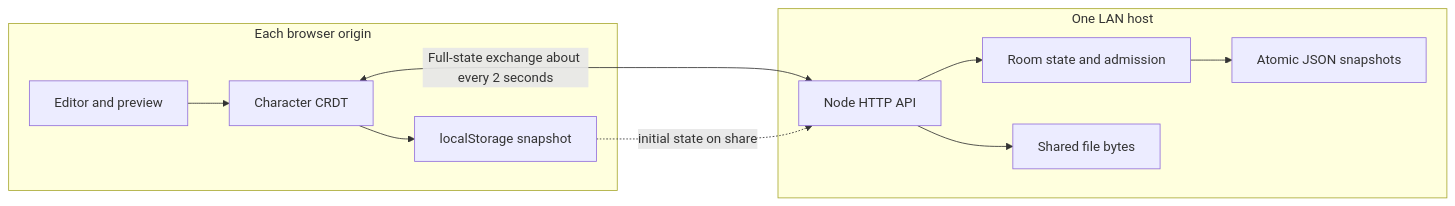
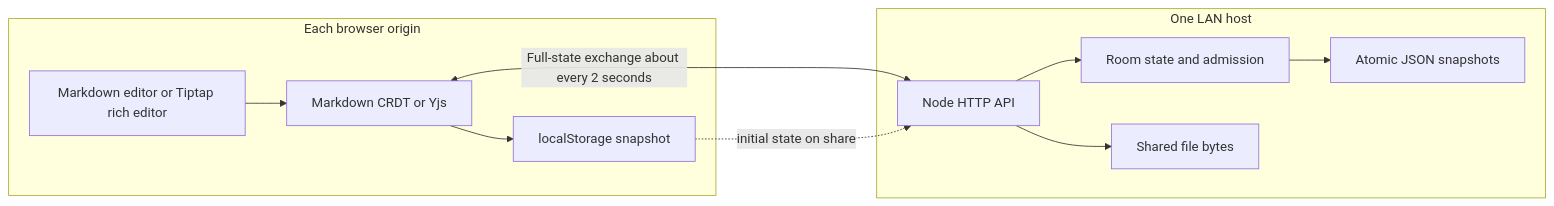
One commit to Emman-pip/docdoc changed the diagram in docs/technical-specification.md. Above: the diagram before and after it, drawn with Mermaid. The commit also changed other lines of this file and 107 other files, not shown here.

````diff
--- a/docs/technical-specification.md
+++ b/docs/technical-specification.md
@@ -32,21 +32,21 @@
 ```mermaid
 flowchart LR
   subgraph Browser[Each browser origin]
-    UI[Editor and preview]
-    Model[Character CRDT]
+    UI[Markdown editor or Tiptap rich editor]
+    Model[Markdown CRDT or Yjs]
     Local[localStorage snapshot]
     UI --> Model
     Model --> Local
   end
   subgraph Host[One LAN host]
     API[Node HTTP API]
     Room[Room state and admission]
     Snap[Atomic JSON snapshots]
     Bytes[Shared file bytes]
     API --> Room
     Room --> Snap
     API --> Bytes
   end
   Model <-->|Full-state exchange about every 2 seconds| API
   Local -. initial state on share .-> API
 ```
````
